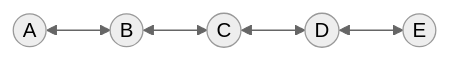
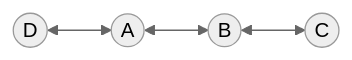
Before and after one commit to Shyam-Chen/TypeScript-Solutions: the fourth of 4 diagrams in algorithms/linked-list/README.md, drawn with Mermaid (neutral theme). The commit also changed other lines of this file and 9 other files, not shown here.

````diff
--- a/algorithms/linked-list/README.md
+++ b/algorithms/linked-list/README.md
@@ -195,13 +300,11 @@
 ```mermaid
 flowchart LR
     A((A))
     B((B))
     C((C))
     D((D))
-    E((E))
 
     A <--> B
     B <--> C
-    C <--> D
-    D <--> E
+    D <--> A
 ```
````
